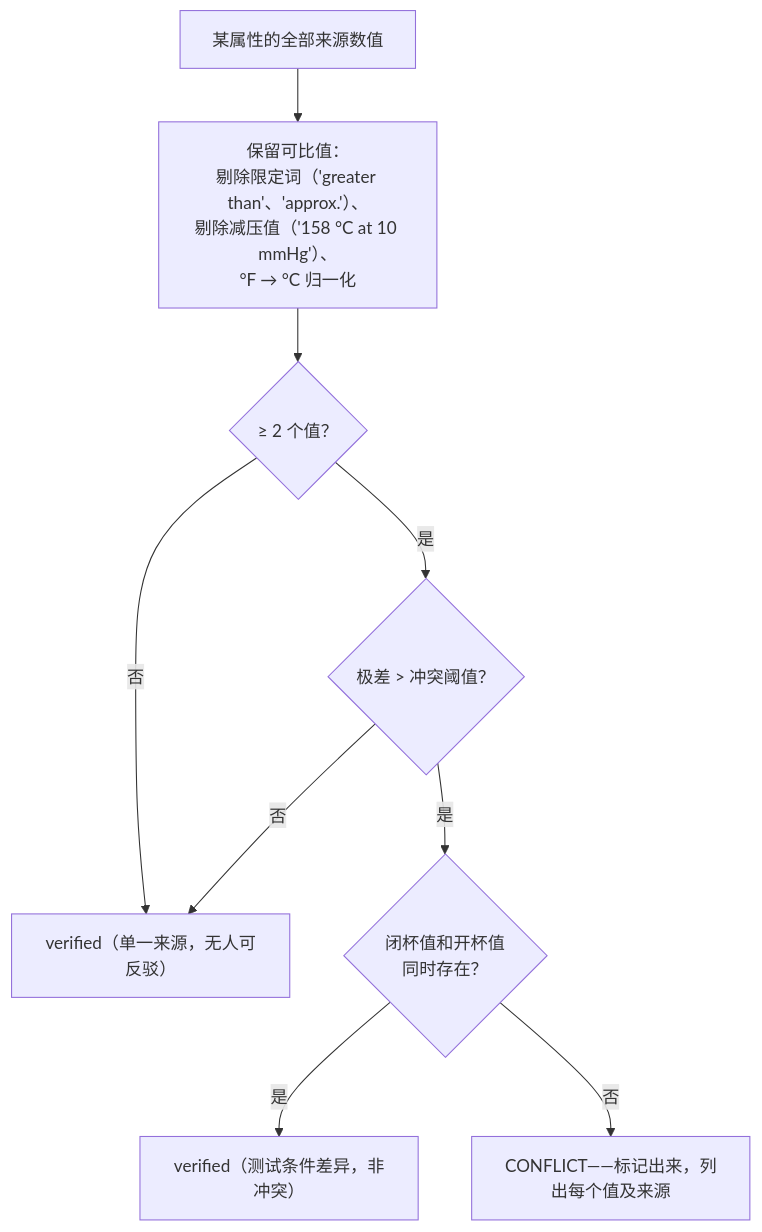
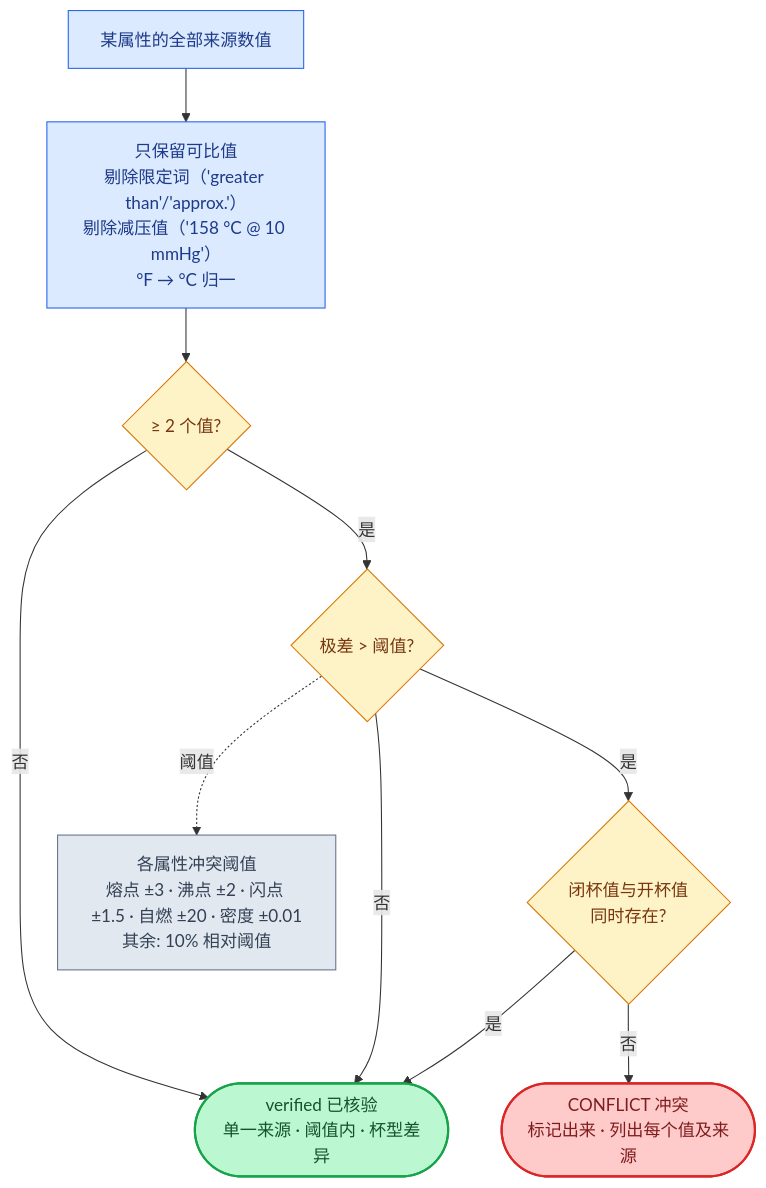
The third of 4 diagrams in README_zh.md (CL4Y68/chemfacts), drawn with Mermaid before and after one commit. The commit also changed other lines of this file and 1 other file, not shown here.

First line of the commit message:
beautify README diagrams: semantic color palette + node shapes + grouping

````diff
--- a/README_zh.md
+++ b/README_zh.md
@@ -92,11 +129,30 @@
 ```mermaid
 flowchart TD
-    A["某属性的全部来源数值"] --> B["保留可比值：<br/>剔除限定词（'greater than'、'approx.'）、<br/>剔除减压值（'158 °C at 10 mmHg'）、<br/>°F → °C 归一化"]
-    B --> C{"≥ 2 个值？"}
-    C -- 否 --> D["verified（单一来源，无人可反驳）"]
-    C -- 是 --> E{"极差 > 冲突阈值？"}
-    E -- 否 --> D
-    E -- 是 --> F{"闭杯值和开杯值<br/>同时存在？"}
-    F -- 是 --> D2["verified（测试条件差异，非冲突）"]
-    F -- 否 --> G["CONFLICT——标记出来，列出每个值及来源"]
+    A["某属性的全部来源数值"]:::proc
+    B["只保留可比值<br/>剔除限定词（'greater than'/'approx.'）<br/>剔除减压值（'158 °C @ 10 mmHg'）<br/>°F → °C 归一"]:::proc
+    C{"≥ 2 个值?"}:::decide
+    D{"极差 > 阈值?"}:::decide
+    E{"闭杯值与开杯值<br/>同时存在?"}:::decide
+    V(["verified 已核验<br/>单一来源 · 阈值内 · 杯型差异"]):::ok
+    X(["CONFLICT 冲突<br/>标记出来 · 列出每个值及来源"]):::warn
+    N["各属性冲突阈值<br/>熔点 ±3 · 沸点 ±2 · 闪点 ±1.5 · 自燃 ±20 · 密度 ±0.01<br/>其余: 10% 相对阈值"]:::plain
+
+    A --> B --> C
+    C -- "否" --> V
+    C -- "是" --> D
+    D -- "否" --> V
+    D -- "是" --> E
+    E -- "是" --> V
+    E -- "否" --> X
+    D -. "阈值" .-> N
+    classDef io      fill:#e0e7ff,stroke:#4f46e5,stroke-width:2px,color:#312e81
+    classDef proc    fill:#dbeafe,stroke:#2563eb,color:#1e3a8a
+    classDef decide  fill:#fef3c7,stroke:#d97706,color:#78350f
+    classDef store   fill:#d1fae5,stroke:#059669,color:#064e3b
+    classDef ok      fill:#bbf7d0,stroke:#16a34a,stroke-width:2px,color:#14532d
+    classDef warn    fill:#fecaca,stroke:#dc2626,stroke-width:2px,color:#7f1d1d
+    classDef plain   fill:#e2e8f0,stroke:#64748b,color:#334155
+    classDef card   fill:#ede9fe,stroke:#7c3aed,stroke-width:2px,color:#4c1d95
+    classDef mcp    fill:#cffafe,stroke:#0891b2,color:#164e63
+    classDef ext    fill:#f8fafc,stroke:#94a3b8,stroke-dasharray:5 4,color:#475569
 ```
````
